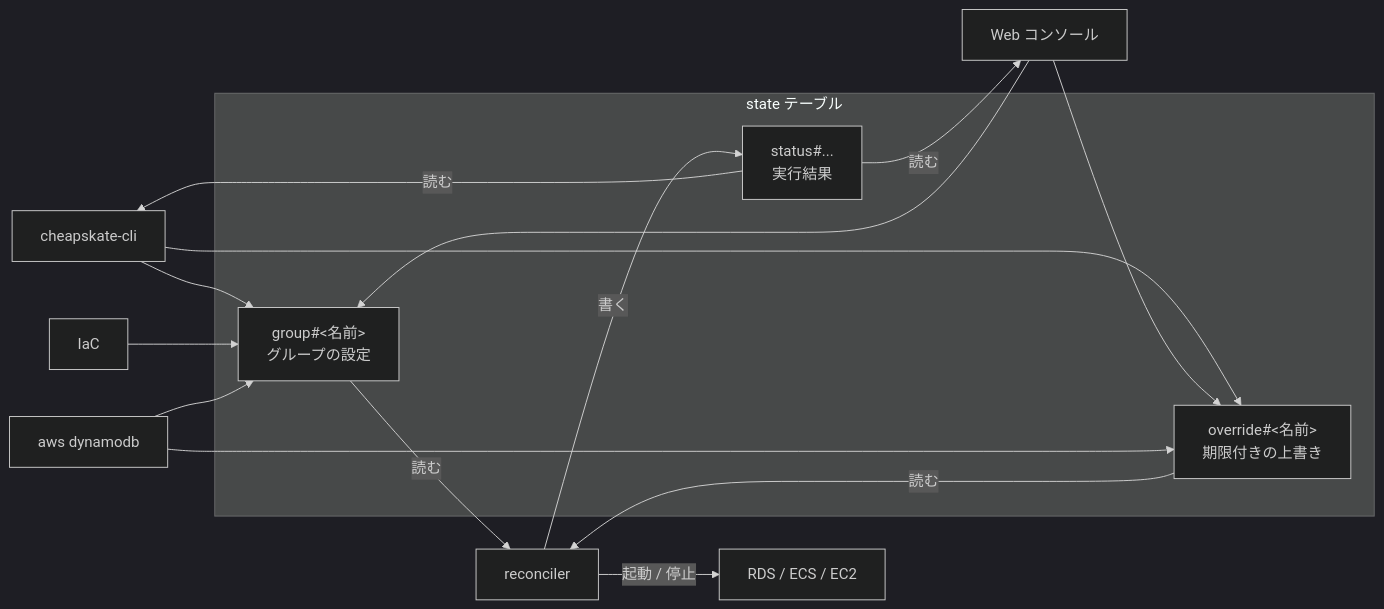
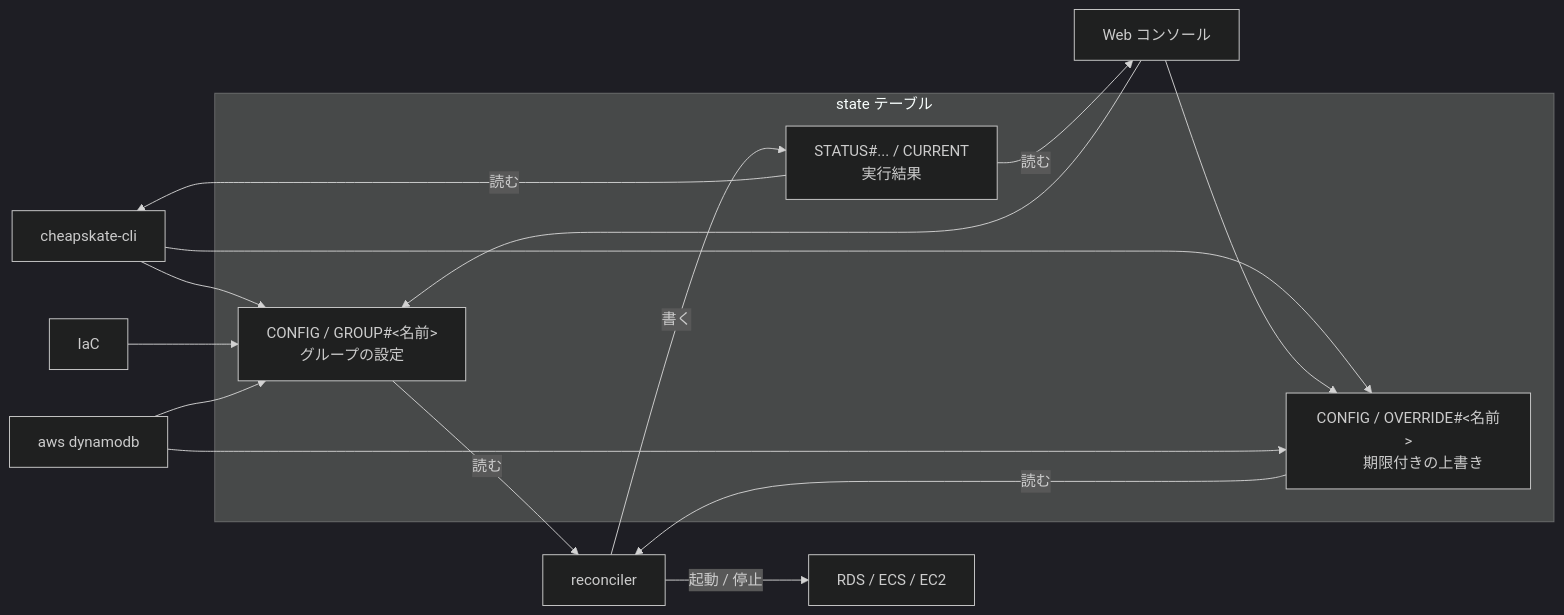
One commit to moepig/cheapskate changed the diagram in docs/ja/usage/operations.md. Above: the diagram before and after it, drawn with Mermaid (dark theme). The commit also changed other lines of this file and 15 other files, not shown here.

````diff
--- a/docs/ja/usage/operations.md
+++ b/docs/ja/usage/operations.md
@@ -7,34 +7,34 @@
 ```mermaid
 flowchart LR
     cli["cheapskate-cli"]
     web["Web コンソール"]
     iac["IaC"]
     raw["aws dynamodb"]
 
     subgraph tbl["state テーブル"]
-        grp["group#&lt;名前&gt;
+        grp["CONFIG / GROUP#&lt;名前&gt;
         グループの設定"]
-        ovr["override#&lt;名前&gt;
+        ovr["CONFIG / OVERRIDE#&lt;名前&gt;
         期限付きの上書き"]
-        st["status#...
+        st["STATUS#... / CURRENT
         実行結果"]
     end
 
     rec["reconciler"]
     aws["RDS / ECS / EC2"]
 
     cli --> grp
     cli --> ovr
     web --> grp
     web --> ovr
     iac --> grp
     raw --> grp
     raw --> ovr
 
     grp -- 読む --> rec
     ovr -- 読む --> rec
     rec -- 書く --> st
     st -- 読む --> cli
     st -- 読む --> web
     rec -- "起動 / 停止" --> aws
 ```
````
